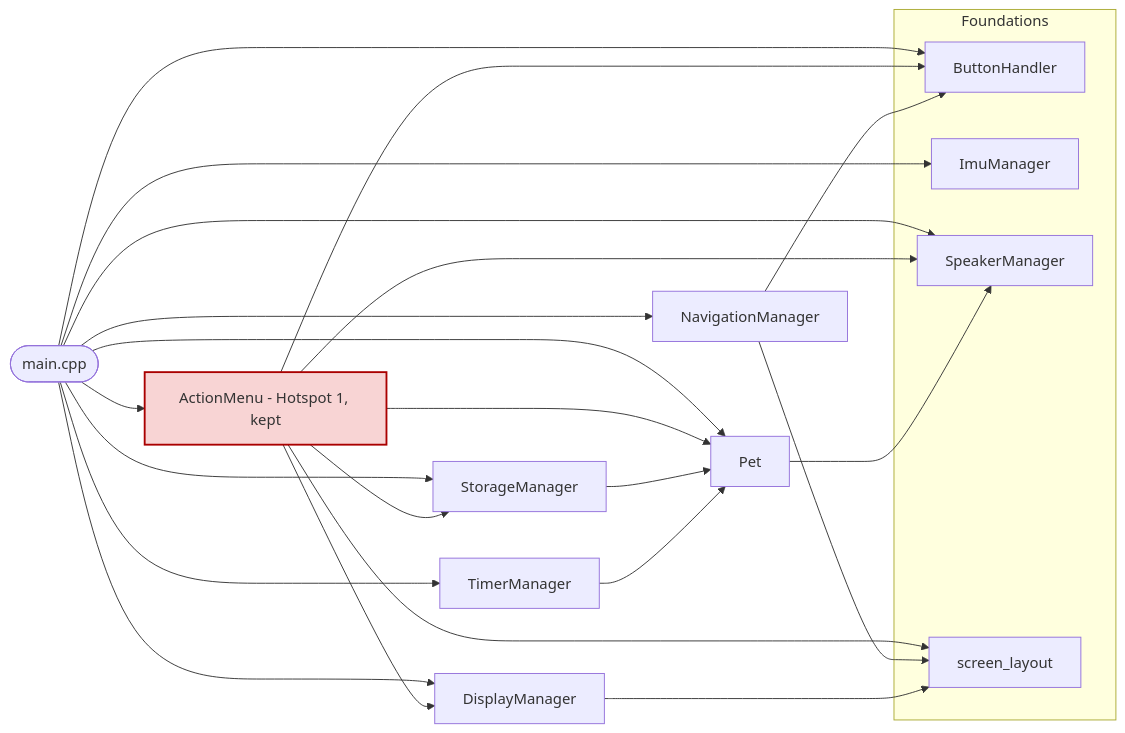
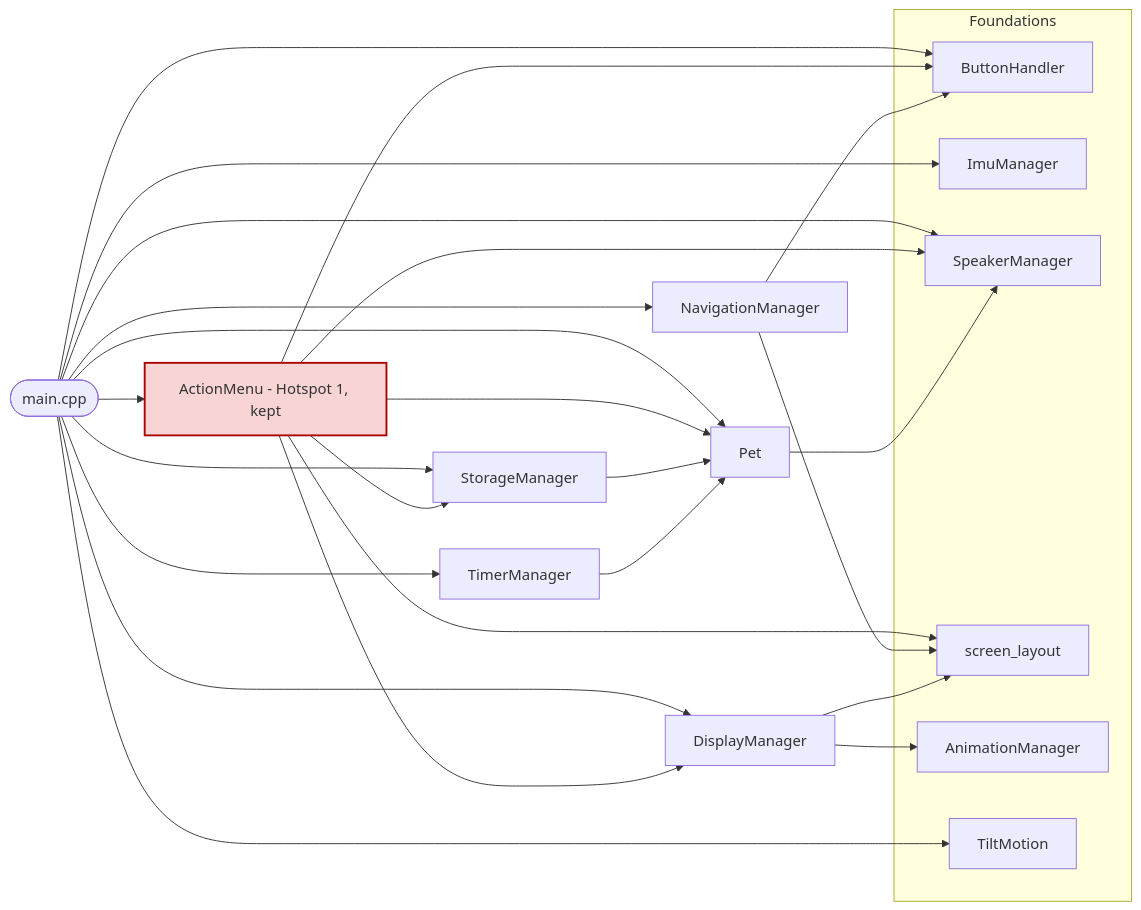
The diagram in virtual-pet/DEV_ROADMAP.md (Hal9004/vitrual-pet), drawn with Mermaid before and after one commit. The commit also changed other lines of this file and 2 other files, not shown here.

First line of the commit message:
docs: sync module diagrams and idea log with TiltMotion (and AnimationManager)

````diff
--- a/virtual-pet/DEV_ROADMAP.md
+++ b/virtual-pet/DEV_ROADMAP.md
@@ -1241,45 +1241,49 @@
 ```mermaid
 graph LR
     Main([main.cpp])
 
     subgraph Foundations
         Button[ButtonHandler]
         IMU[ImuManager]
         Speaker[SpeakerManager]
         Layout[screen_layout]
+        Anim[AnimationManager]
+        Tilt[TiltMotion]
     end
 
     Pet[Pet]
     Timer[TimerManager]
     Storage[StorageManager]
     Display[DisplayManager]
     Nav[NavigationManager]
     Menu[ActionMenu - Hotspot 1, kept]
 
     Pet --> Speaker
     Timer --> Pet
     Storage --> Pet
     Display --> Layout
+    Display --> Anim
     Nav --> Layout
     Nav --> Button
 
     Menu --> Pet
     Menu --> Display
     Menu --> Layout
     Menu --> Button
     Menu --> Speaker
     Menu --> Storage
 
     Main --> Pet
     Main --> Display
     Main --> Button
     Main --> Menu
     Main --> Nav
     Main --> Timer
     Main --> IMU
     Main --> Speaker
     Main --> Storage
+    Main --> Tilt
 
     classDef hotspot fill:#f8d4d4,stroke:#a00,stroke-width:2px
     class Menu hotspot
 ```
````
